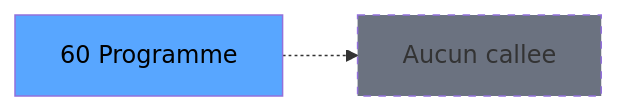
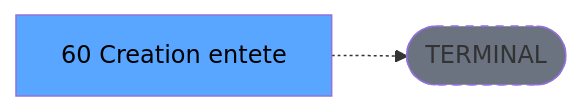
Before and after one commit to thonyAGP/lecteur-magic: the third of 3 diagrams in .openspec/specs/ADH-IDE-60.md, drawn with Mermaid. The commit also changed other lines of this file and 701 other files, not shown here.

````diff
--- a/.openspec/specs/ADH-IDE-60.md
+++ b/.openspec/specs/ADH-IDE-60.md
@@ -143,8 +134,8 @@
 ```mermaid
 graph LR
-    T[60 Programme]
-    NONE[Aucun callee]
-    T -.-> NONE
+    T[60 Creation entete]
+    TERM([TERMINAL])
+    T -.-> TERM
+    style TERM fill:#6b7280,stroke-dasharray: 5 5
     style T fill:#58a6ff,color:#000
-    style NONE fill:#6b7280,stroke-dasharray: 5 5
 ```
````
